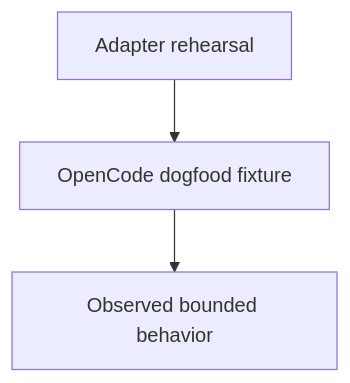
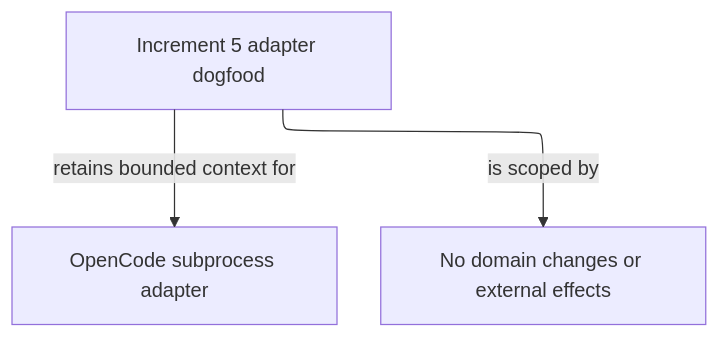
One commit to abstract-business-systems/as-is changed the diagram in validation-fixtures/increment-5-dogfood/as-is.md. Above: the diagram before and after it, drawn with Mermaid. The commit also changed other lines of this file and 29 other files, not shown here.

````diff
--- a/validation-fixtures/increment-5-dogfood/as-is.md
+++ b/validation-fixtures/increment-5-dogfood/as-is.md
@@ -16,5 +15,9 @@
 ```mermaid
-flowchart TD
-    A["Adapter rehearsal"] --> B["OpenCode dogfood fixture"]
-    B --> C["Observed bounded behavior"]
+---
+config:
+  layout: elk
+---
+flowchart TB
+    Fixture["Increment 5 adapter dogfood"] -->|retains bounded context for| Adapter["OpenCode subprocess adapter"]
+    Fixture -->|is scoped by| Guardrails["No domain changes or external effects"]
 ```
````
